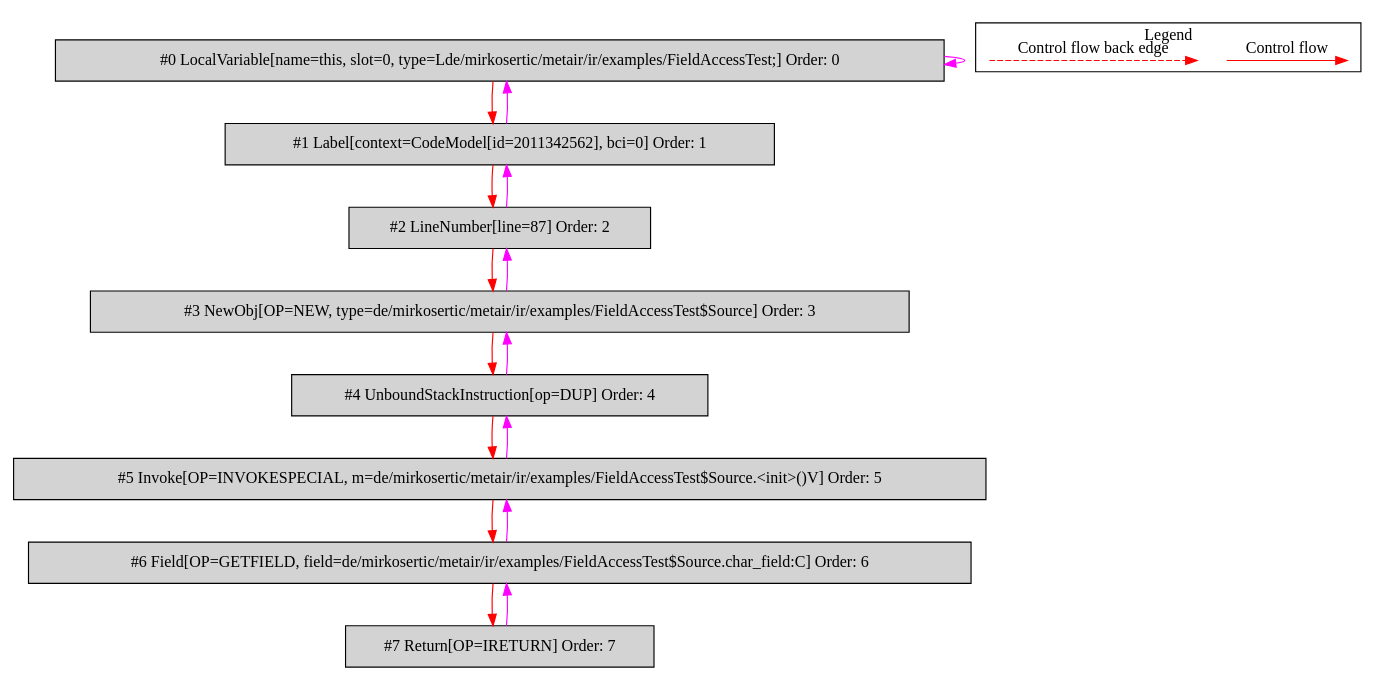
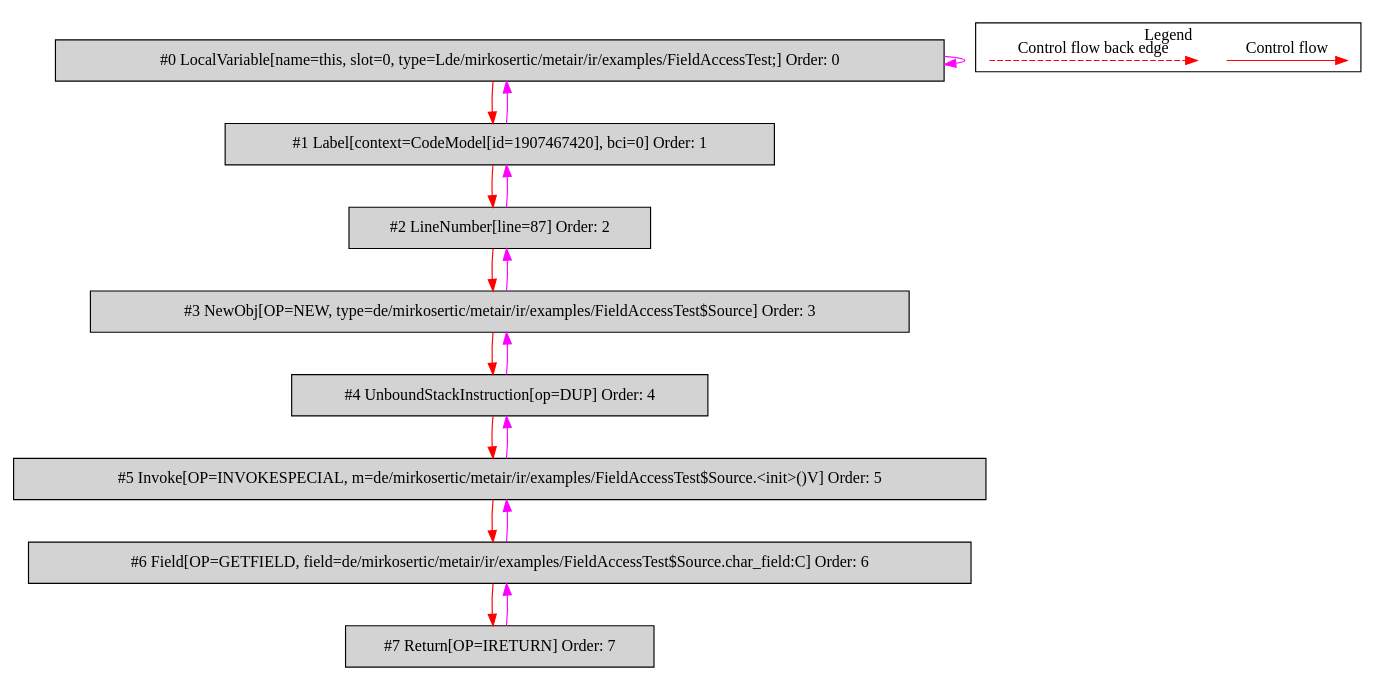
One commit to mirkosertic/MetaIR changed the diagram in de.mirkosertic.metair.ir.examples.FieldAccessTest/return_char/bytecodecfg.dot. Above: the diagram before and after it, drawn with Graphviz. The commit also changed 540 other files, not shown here.

```diff
--- a/de.mirkosertic.metair.ir.examples.FieldAccessTest/return_char/bytecodecfg.dot
+++ b/de.mirkosertic.metair.ir.examples.FieldAccessTest/return_char/bytecodecfg.dot
@@ -1,40 +1,40 @@
 digraph {
  ordering="in";
  node0[label="#0 LocalVariable[name=this, slot=0, type=Lde/mirkosertic/metair/ir/examples/FieldAccessTest;] Order: 0", shape=box, fillcolor=lightgrey, style=filled];
- node1[label="#1 Label[context=CodeModel[id=2011342562], bci=0] Order: 1", shape=box, fillcolor=lightgrey, style=filled];
+ node1[label="#1 Label[context=CodeModel[id=1907467420], bci=0] Order: 1", shape=box, fillcolor=lightgrey, style=filled];
  node2[label="#2 LineNumber[line=87] Order: 2", shape=box, fillcolor=lightgrey, style=filled];
  node3[label="#3 NewObj[OP=NEW, type=de/mirkosertic/metair/ir/examples/FieldAccessTest$Source] Order: 3", shape=box, fillcolor=lightgrey, style=filled];
  node4[label="#4 UnboundStackInstruction[op=DUP] Order: 4", shape=box, fillcolor=lightgrey, style=filled];
  node5[label="#5 Invoke[OP=INVOKESPECIAL, m=de/mirkosertic/metair/ir/examples/FieldAccessTest$Source.<init>()V] Order: 5", shape=box, fillcolor=lightgrey, style=filled];
  node6[label="#6 Field[OP=GETFIELD, field=de/mirkosertic/metair/ir/examples/FieldAccessTest$Source.char_field:C] Order: 6", shape=box, fillcolor=lightgrey, style=filled];
  node7[label="#7 Return[OP=IRETURN] Order: 7", shape=box, fillcolor=lightgrey, style=filled];
  node0 -> node0[color=fuchsia];
  node0 -> node1[color=red];
  node1 -> node0[color=fuchsia];
  node1 -> node2[color=red];
  node2 -> node1[color=fuchsia];
  node2 -> node3[color=red];
  node3 -> node2[color=fuchsia];
  node3 -> node4[color=red];
  node4 -> node3[color=fuchsia];
  node4 -> node5[color=red];
  node5 -> node4[color=fuchsia];
  node5 -> node6[color=red];
  node6 -> node5[color=fuchsia];
  node6 -> node7[color=red];
  node7 -> node6[color=fuchsia];
  subgraph cluster_000 {
   label = "Legend";
   node [shape=point]
   {
    rank=same;
    c0 [style = invis];
    c1 [style = invis];
    c2 [style = invis];
    c3 [style = invis];
   }
   c0 -> c1 [label="Control flow", style=solid, color=red]
   c2 -> c3 [label="Control flow back edge", style=dashed, color=red]
  }
 
 }
```
